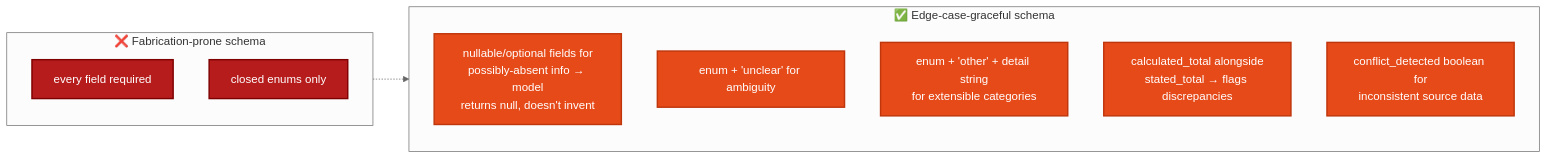
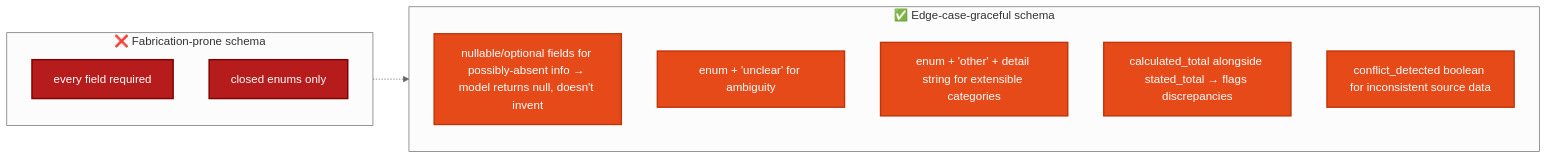
One commit to parmar-m/claude-architect-certification-prep changed the second of 2 diagrams in CCA-F/scenarios/s6-structured-data-extraction.md. Above: the diagram before and after it, drawn with Mermaid (neutral theme). The commit also changed other lines of this file and 24 other files, not shown here.

Commit message:
fix html tags in mmd diagrams

````diff
--- a/CCA-F/scenarios/s6-structured-data-extraction.md
+++ b/CCA-F/scenarios/s6-structured-data-extraction.md
@@ -33,19 +33,19 @@
 ```mermaid
 flowchart LR
     subgraph BAD["❌ Fabrication-prone schema"]
         B1["every field required"]
         B2["closed enums only"]
     end
     subgraph GOOD["✅ Edge-case-graceful schema"]
-        G1["nullable/optional fields for<br/>possibly-absent info → model<br/>returns null, doesn't invent"]
+        G1["nullable/optional fields for possibly-absent info → model returns null, doesn't invent"]
         G2["enum + 'unclear' for ambiguity"]
-        G3["enum + 'other' + detail string<br/>for extensible categories"]
-        G4["calculated_total alongside<br/>stated_total → flags discrepancies"]
-        G5["conflict_detected boolean for<br/>inconsistent source data"]
+        G3["enum + 'other' + detail string for extensible categories"]
+        G4["calculated_total alongside stated_total → flags discrepancies"]
+        G5["conflict_detected boolean for inconsistent source data"]
     end
     BAD -.-> GOOD
     classDef bad fill:#B71C1C,color:#fff,stroke:#7F0000,stroke-width:2px
     classDef good fill:#E64A19,color:#fff,stroke:#BF360C,stroke-width:2px
     class B1,B2 bad
     class G1,G2,G3,G4,G5 good
 ```
````
